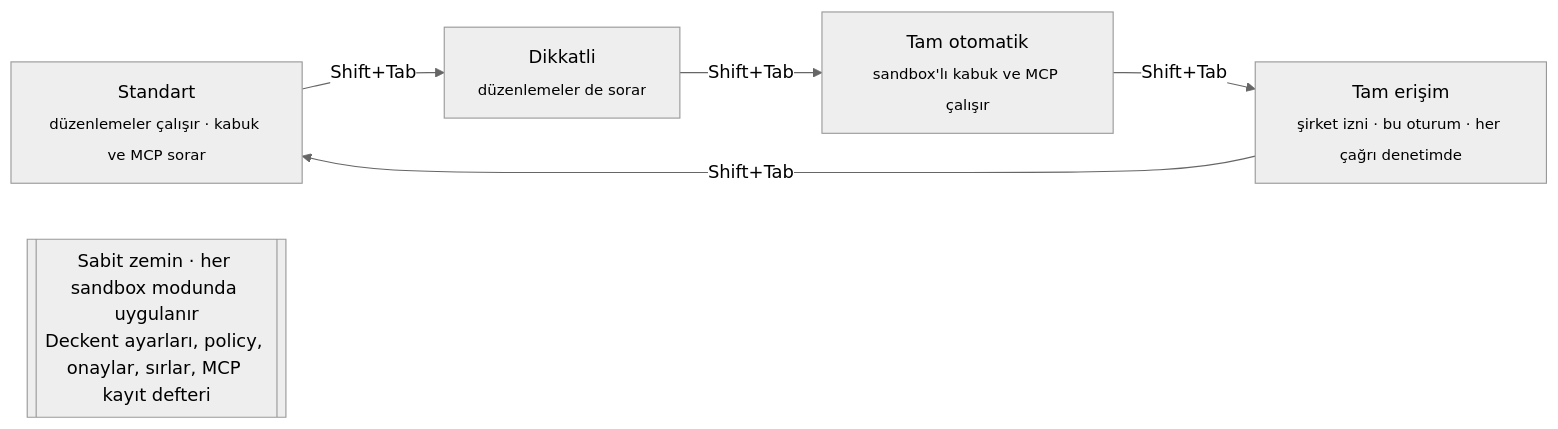
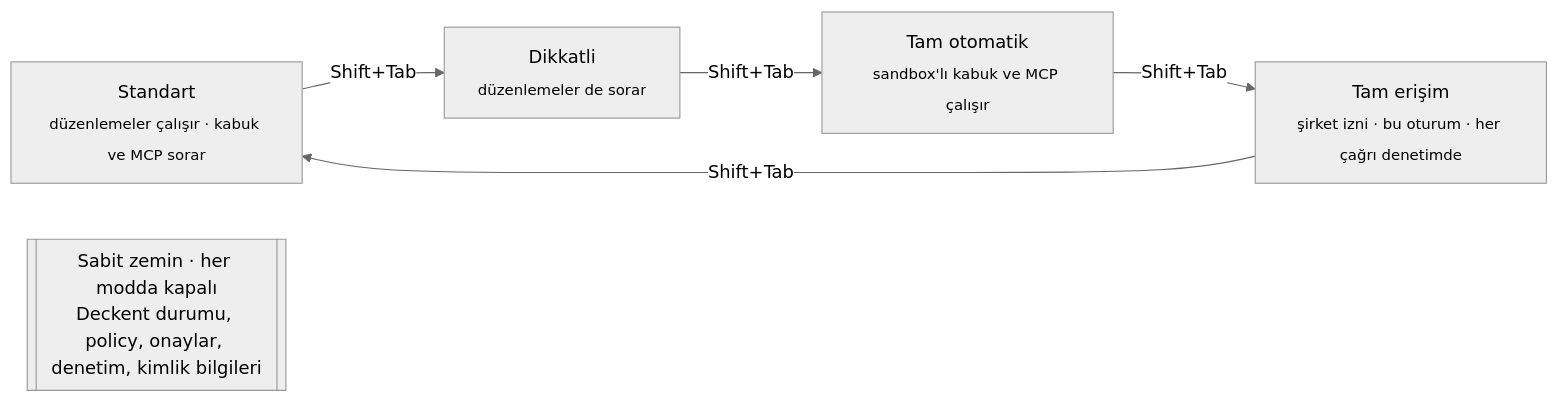
One commit to Verhex/deckent-next changed the fifth of 6 diagrams in README.tr.md. Above: the diagram before and after it, drawn with Mermaid (neutral theme). The commit also changed other lines of this file and 3 other files, not shown here.

````diff
--- a/README.tr.md
+++ b/README.tr.md
@@ -384,8 +399,8 @@
 ```mermaid
 flowchart LR
   S["Standart<br/><sub>düzenlemeler çalışır · kabuk ve MCP sorar</sub>"] -->|Shift+Tab| C["Dikkatli<br/><sub>düzenlemeler de sorar</sub>"]
   C -->|Shift+Tab| A["Tam otomatik<br/><sub>sandbox'lı kabuk ve MCP çalışır</sub>"]
   A -->|Shift+Tab| F["Tam erişim<br/><sub>şirket izni · bu oturum · her çağrı denetimde</sub>"]
   F -->|Shift+Tab| S
-  H[["Sabit zemin · her sandbox modunda uygulanır<br/>Deckent ayarları, policy, onaylar, sırlar, MCP kayıt defteri"]]
+  H[["Sabit zemin · her modda kapalı<br/>Deckent durumu, policy, onaylar, denetim, kimlik bilgileri"]]
 ```
````
